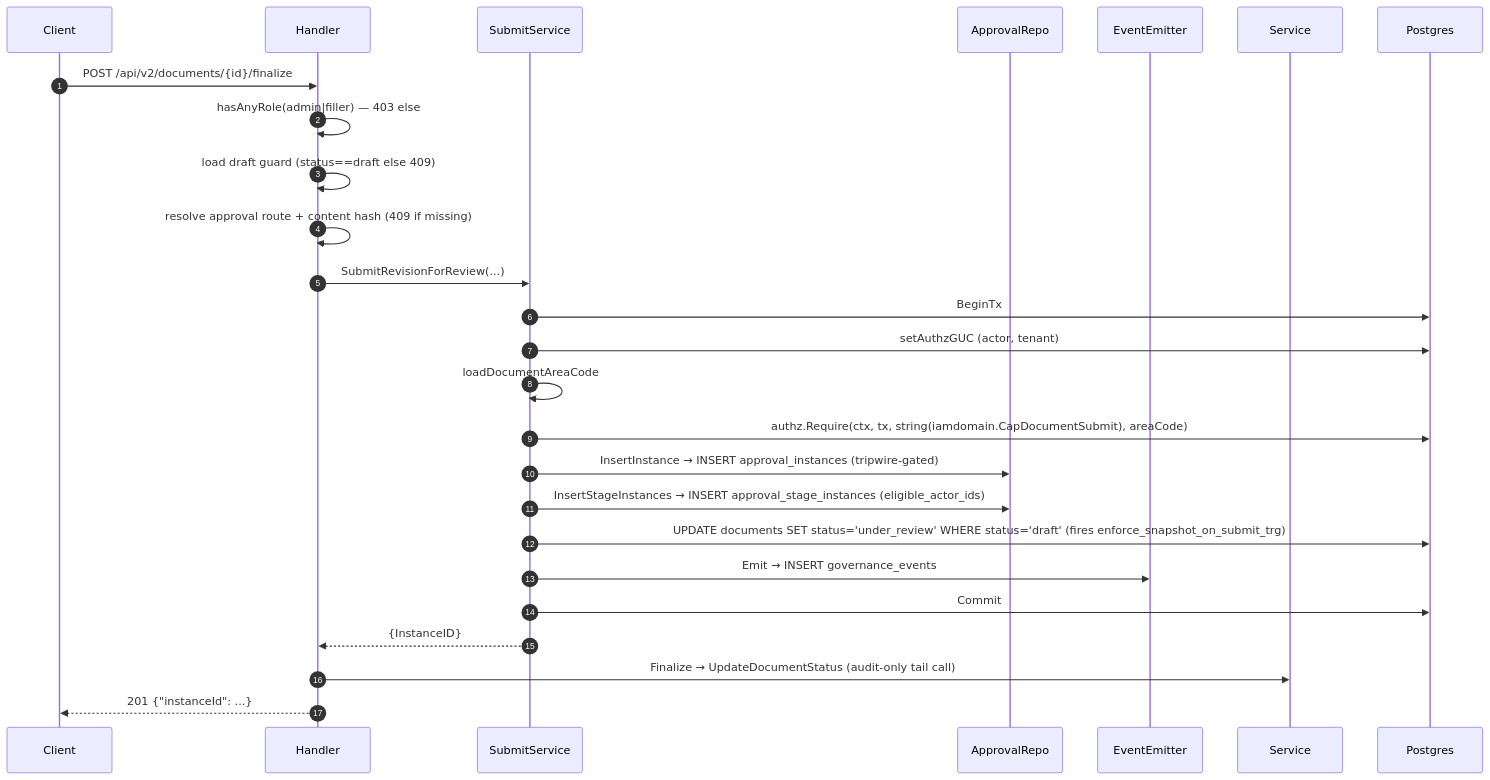
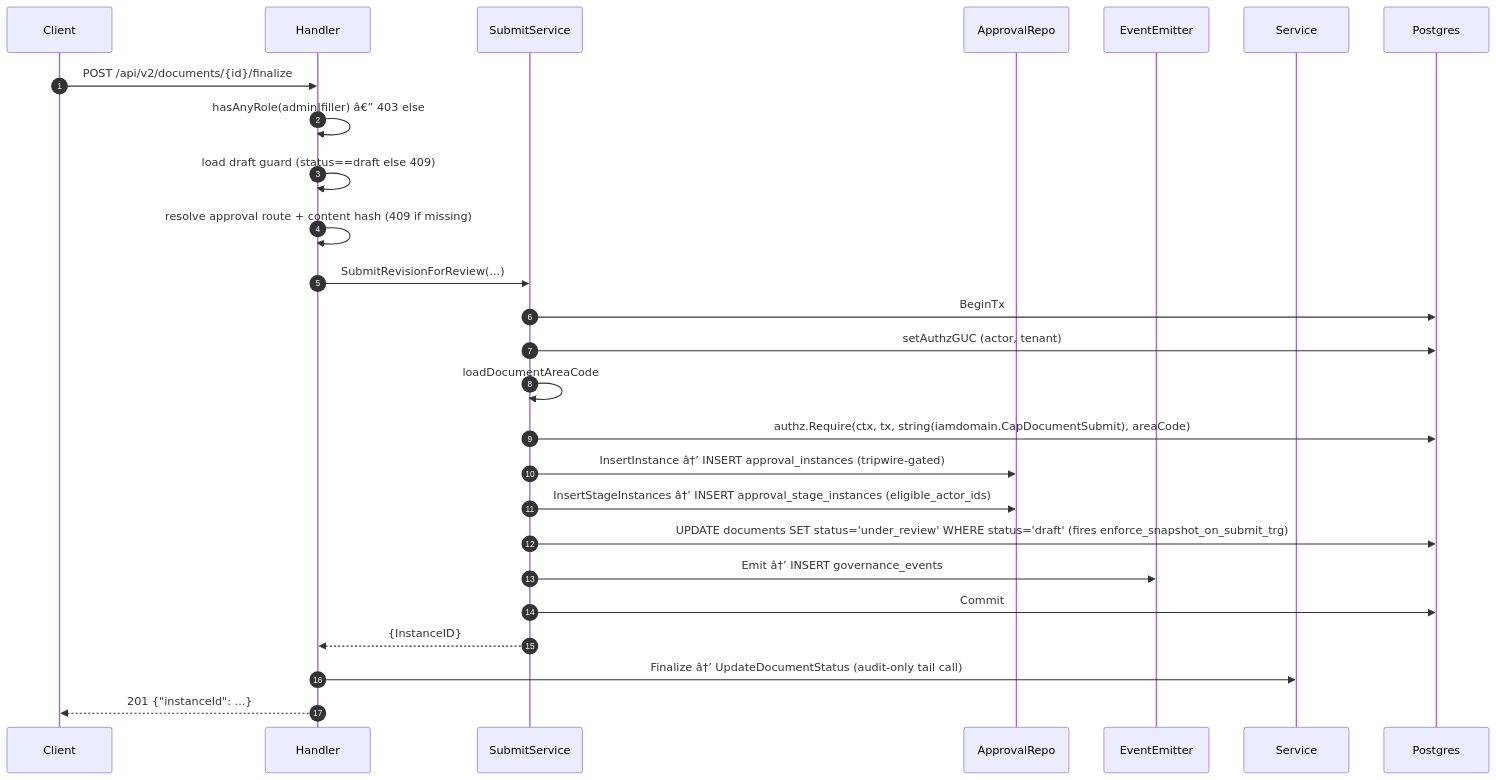
One commit to developmentconexus-ops/MetalDocs changed the fifth of 5 diagrams in wiki/modules/documents.md. Above: the diagram before and after it, drawn with Mermaid. The commit also changed other lines of this file and 12 other files, not shown here.

````diff
--- a/wiki/modules/documents.md
+++ b/wiki/modules/documents.md
@@ -317,28 +317,28 @@
 ```mermaid
 sequenceDiagram
     autonumber
     participant C as Client
     participant H as Handler
     participant SS as SubmitService
     participant AR as ApprovalRepo
     participant EM as EventEmitter
     participant S as Service
     participant DB as Postgres
     C->>H: POST /api/v2/documents/{id}/finalize
-    H->>H: hasAnyRole(admin|filler) — 403 else
+    H->>H: hasAnyRole(admin|filler) â€” 403 else
     H->>H: load draft guard (status==draft else 409)
     H->>H: resolve approval route + content hash (409 if missing)
     H->>SS: SubmitRevisionForReview(...)
     SS->>DB: BeginTx
     SS->>DB: setAuthzGUC (actor, tenant)
     SS->>SS: loadDocumentAreaCode
     SS->>DB: authz.Require(ctx, tx, string(iamdomain.CapDocumentSubmit), areaCode)
-    SS->>AR: InsertInstance → INSERT approval_instances (tripwire-gated)
-    SS->>AR: InsertStageInstances → INSERT approval_stage_instances (eligible_actor_ids)
+    SS->>AR: InsertInstance â†’ INSERT approval_instances (tripwire-gated)
+    SS->>AR: InsertStageInstances â†’ INSERT approval_stage_instances (eligible_actor_ids)
     SS->>DB: UPDATE documents SET status='under_review' WHERE status='draft'  (fires enforce_snapshot_on_submit_trg)
-    SS->>EM: Emit → INSERT governance_events
+    SS->>EM: Emit â†’ INSERT governance_events
     SS->>DB: Commit
     SS-->>H: {InstanceID}
-    H->>S: Finalize → UpdateDocumentStatus (audit-only tail call)
+    H->>S: Finalize â†’ UpdateDocumentStatus (audit-only tail call)
     H-->>C: 201 {"instanceId": ...}
 ```
````
